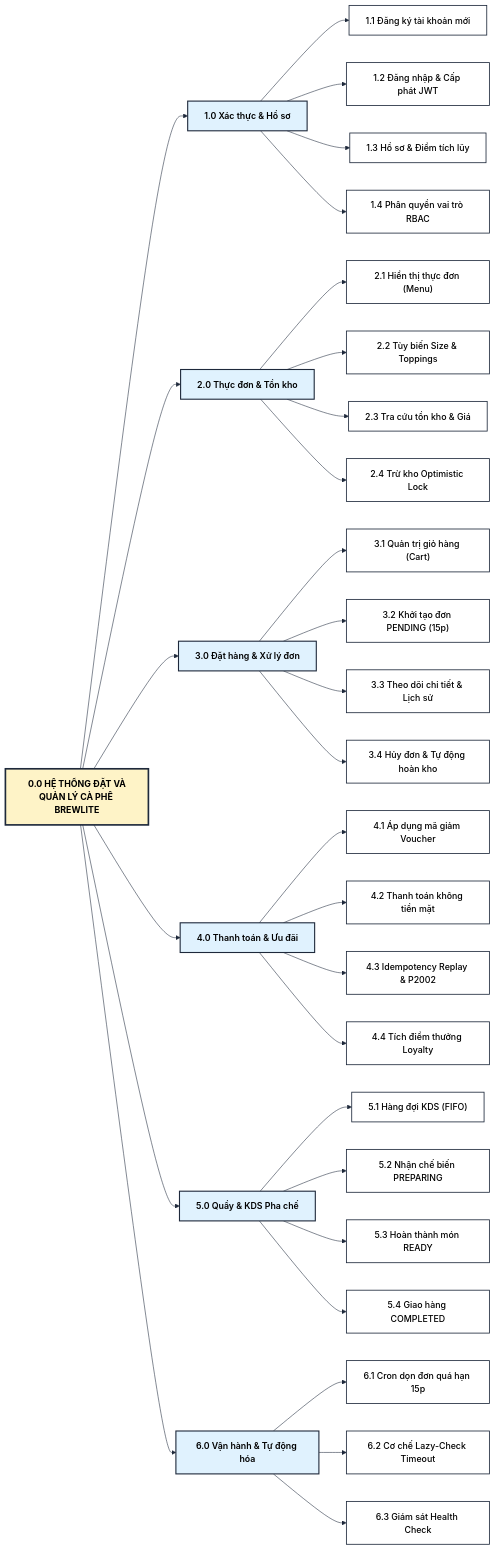
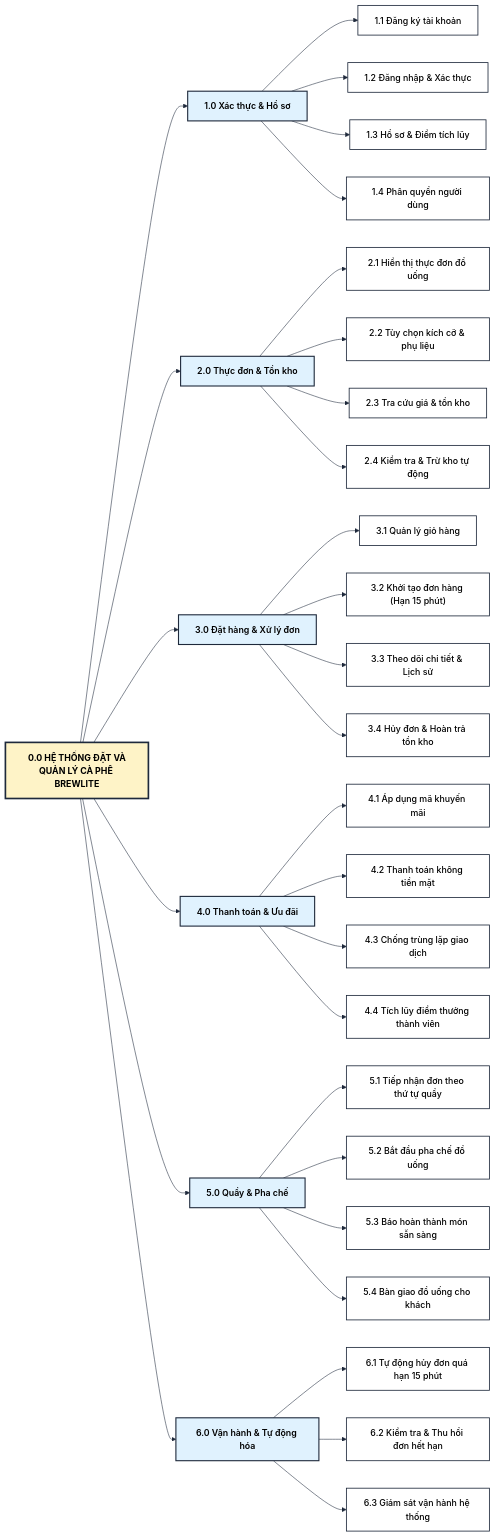
Before and after one commit to ThuanTran260/CNPM-BrewLite: the first of 13 diagrams in docs/SYSTEM_ARCHITECTURE_DIAGRAMS.md, drawn with Mermaid. The commit also changed other lines of this file and 25 other files, not shown here.

First line of the commit message:
docs(diagrams): chuan hoa so do hoc thuat tieng Viet va bo sung sequence diagram

````diff
--- a/docs/SYSTEM_ARCHITECTURE_DIAGRAMS.md
+++ b/docs/SYSTEM_ARCHITECTURE_DIAGRAMS.md
@@ -67,62 +68,62 @@
 ```mermaid
 %%{init: {
   'theme': 'base',
   'themeVariables': {
     'primaryColor': '#fef3c7',
     'primaryTextColor': '#000000',
     'primaryBorderColor': '#1e293b',
     'lineColor': '#1e293b',
     'secondaryColor': '#e0f2fe',
     'tertiaryColor': '#ffffff',
     'edgeLabelBackground':'#ffffff',
     'clusterBkg':'#f8fafc',
     'clusterBorder':'#64748b',
     'fontFamily': 'Segoe UI, Arial, sans-serif'
   }
 }}%%
 flowchart LR
     %% Định nghĩa các lớp màu sắc High-Contrast chữ đen
     classDef root fill:#fef3c7,stroke:#1e293b,color:#000000,stroke-width:3px,font-weight:700;
     classDef lvl1 fill:#e0f2fe,stroke:#1e293b,color:#000000,stroke-width:2px,font-weight:600;
     classDef lvl2 fill:#ffffff,stroke:#1e293b,color:#000000,stroke-width:1.5px,font-weight:500;
 
     ROOT["0.0 HỆ THỐNG ĐẶT VÀ<br>QUẢN LÝ CÀ PHÊ BREWLITE"]:::root
 
     %% CỘT 2: CÁC PHÂN HỆ CẤP 1
     ROOT --> F1["1.0 Xác thực & Hồ sơ"]:::lvl1
     ROOT --> F2["2.0 Thực đơn & Tồn kho"]:::lvl1
     ROOT --> F3["3.0 Đặt hàng & Xử lý đơn"]:::lvl1
     ROOT --> F4["4.0 Thanh toán & Ưu đãi"]:::lvl1
-    ROOT --> F5["5.0 Quầy & KDS Pha chế"]:::lvl1
+    ROOT --> F5["5.0 Quầy & Pha chế"]:::lvl1
     ROOT --> F6["6.0 Vận hành & Tự động hóa"]:::lvl1
 
     %% CỘT 3: CÁC CHỨC NĂNG CON
-    F1 --> F11["1.1 Đăng ký tài khoản mới"]:::lvl2
-    F1 --> F12["1.2 Đăng nhập & Cấp phát JWT"]:::lvl2
+    F1 --> F11["1.1 Đăng ký tài khoản"]:::lvl2
+    F1 --> F12["1.2 Đăng nhập & Xác thực"]:::lvl2
     F1 --> F13["1.3 Hồ sơ & Điểm tích lũy"]:::lvl2
-    F1 --> F14["1.4 Phân quyền vai trò RBAC"]:::lvl2
+    F1 --> F14["1.4 Phân quyền người dùng"]:::lvl2
 
-    F2 --> F21["2.1 Hiển thị thực đơn (Menu)"]:::lvl2
-    F2 --> F22["2.2 Tùy biến Size & Toppings"]:::lvl2
-    F2 --> F23["2.3 Tra cứu tồn kho & Giá"]:::lvl2
-    F2 --> F24["2.4 Trừ kho Optimistic Lock"]:::lvl2
+    F2 --> F21["2.1 Hiển thị thực đơn đồ uống"]:::lvl2
+    F2 --> F22["2.2 Tùy chọn kích cỡ & phụ liệu"]:::lvl2
+    F2 --> F23["2.3 Tra cứu giá & tồn kho"]:::lvl2
+    F2 --> F24["2.4 Kiểm tra & Trừ kho tự động"]:::lvl2
 
-    F3 --> F31["3.1 Quản trị giỏ hàng (Cart)"]:::lvl2
-    F3 --> F32["3.2 Khởi tạo đơn PENDING (15p)"]:::lvl2
+    F3 --> F31["3.1 Quản lý giỏ hàng"]:::lvl2
+    F3 --> F32["3.2 Khởi tạo đơn hàng (Hạn 15 phút)"]:::lvl2
     F3 --> F33["3.3 Theo dõi chi tiết & Lịch sử"]:::lvl2
-    F3 --> F34["3.4 Hủy đơn & Tự động hoàn kho"]:::lvl2
+    F3 --> F34["3.4 Hủy đơn & Hoàn trả tồn kho"]:::lvl2
 
-    F4 --> F41["4.1 Áp dụng mã giảm Voucher"]:::lvl2
+    F4 --> F41["4.1 Áp dụng mã khuyến mãi"]:::lvl2
     F4 --> F42["4.2 Thanh toán không tiền mặt"]:::lvl2
-    F4 --> F43["4.3 Idempotency Replay & P2002"]:::lvl2
-    F4 --> F44["4.4 Tích điểm thưởng Loyalty"]:::lvl2
+    F4 --> F43["4.3 Chống trùng lặp giao dịch"]:::lvl2
+    F4 --> F44["4.4 Tích lũy điểm thưởng thành viên"]:::lvl2
 
-    F5 --> F51["5.1 Hàng đợi KDS (FIFO)"]:::lvl2
-    F5 --> F52["5.2 Nhận chế biến PREPARING"]:::lvl2
-    F5 --> F53["5.3 Hoàn thành món READY"]:::lvl2
-    F5 --> F54["5.4 Giao hàng COMPLETED"]:::lvl2
+    F5 --> F51["5.1 Tiếp nhận đơn theo thứ tự quầy"]:::lvl2
+    F5 --> F52["5.2 Bắt đầu pha chế đồ uống"]:::lvl2
+    F5 --> F53["5.3 Báo hoàn thành món sẵn sàng"]:::lvl2
+    F5 --> F54["5.4 Bàn giao đồ uống cho khách"]:::lvl2
 
-    F6 --> F61["6.1 Cron dọn đơn quá hạn 15p"]:::lvl2
-    F6 --> F62["6.2 Cơ chế Lazy-Check Timeout"]:::lvl2
-    F6 --> F63["6.3 Giám sát Health Check"]:::lvl2
+    F6 --> F61["6.1 Tự động hủy đơn quá hạn 15 phút"]:::lvl2
+    F6 --> F62["6.2 Kiểm tra & Thu hồi đơn hết hạn"]:::lvl2
+    F6 --> F63["6.3 Giám sát vận hành hệ thống"]:::lvl2
 ```
````
